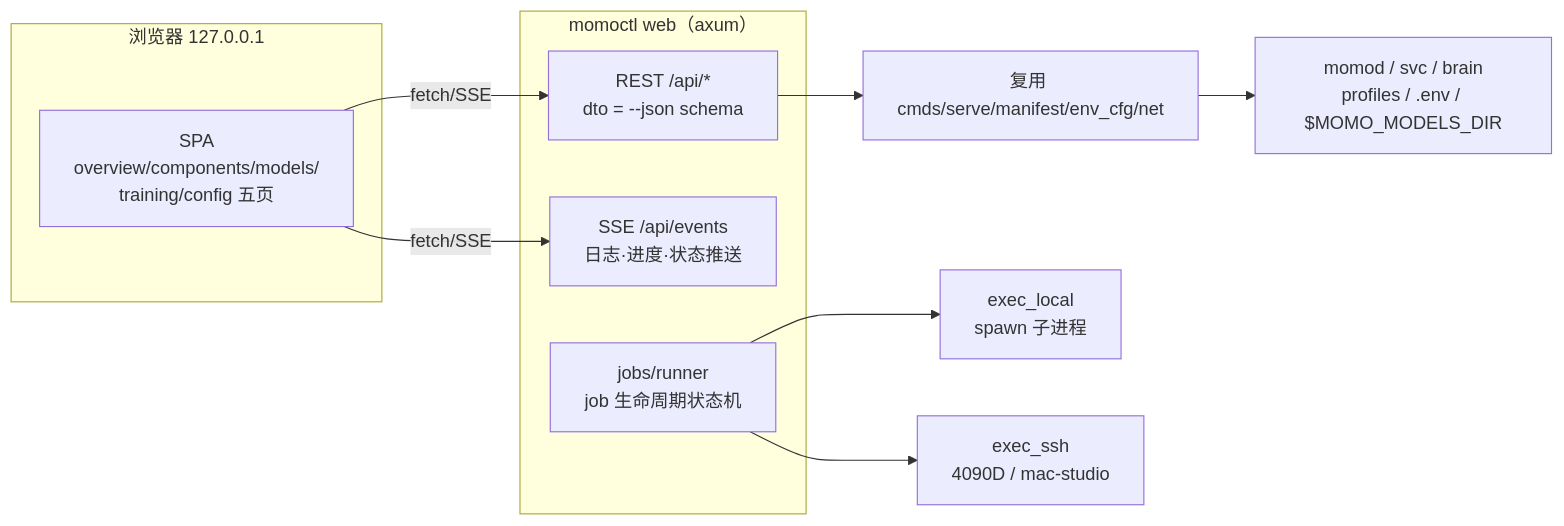
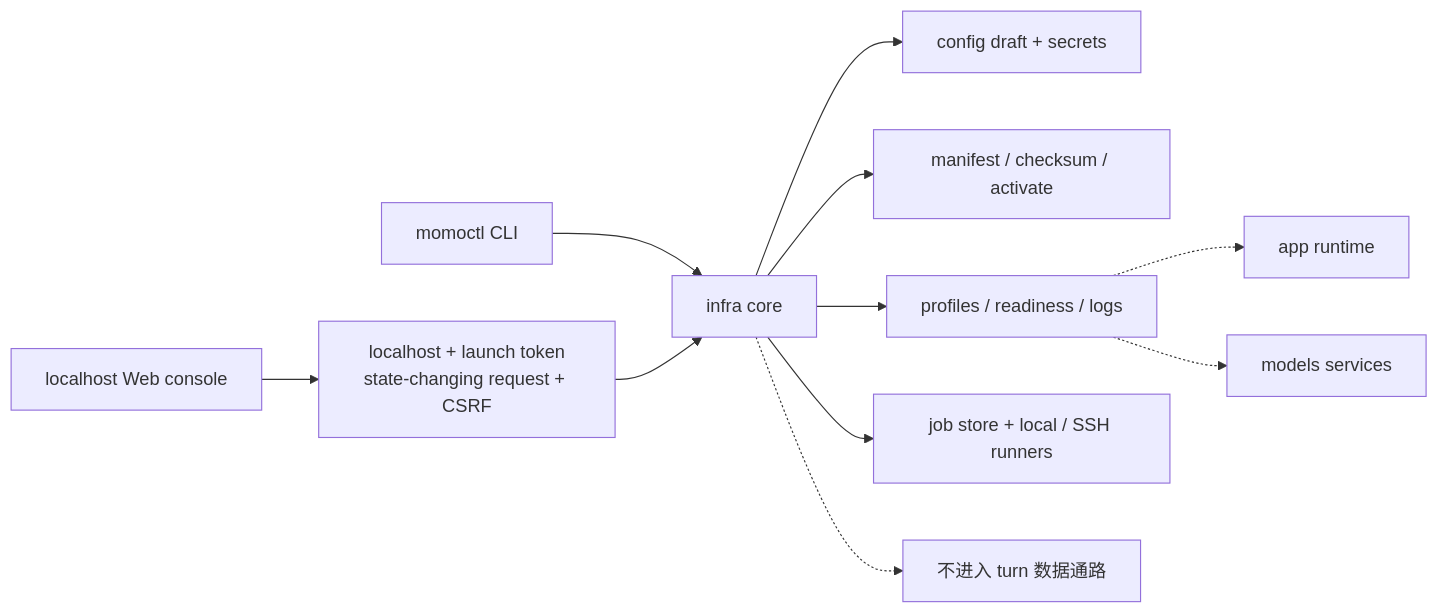
Before and after one commit to Momoyeyu/momo: the first of 3 diagrams in docs/02-repos/momo-infra.md, drawn with Mermaid. The commit also changed other lines of this file and 122 other files, not shown here.

````diff
--- a/docs/02-repos/momo-infra.md
+++ b/docs/02-repos/momo-infra.md
@@ -152,16 +15,12 @@
 ```mermaid
 flowchart LR
-    subgraph BROWSER["浏览器 127.0.0.1"]
-        SPA["SPA<br/>overview/components/models/<br/>training/config 五页"]
-    end
-    subgraph MO["momoctl web（axum）"]
-        API["REST /api/*<br/>dto = --json schema"]
-        SSE["SSE /api/events<br/>日志·进度·状态推送"]
-        JOBS["jobs/runner<br/>job 生命周期状态机"]
-    end
-    SPA -->|fetch/SSE| API & SSE
-    API --> CORE["复用 cmds/serve/manifest/env_cfg/net"]
-    JOBS --> LOCAL["exec_local<br/>spawn 子进程"]
-    JOBS --> SSH["exec_ssh<br/>4090D / mac-studio"]
-    CORE --> SYS["momod / svc / brain<br/>profiles / .env / $MOMO_MODELS_DIR"]
+    CLI["momoctl CLI"] --> CORE["infra core"]
+    WEB["localhost Web console"] --> GUARD["localhost + launch token<br/>state-changing request + CSRF"] --> CORE
+    CORE --> CONFIG["config draft + secrets"]
+    CORE --> MODELS["manifest / checksum / activate"]
+    CORE --> SERVICES["profiles / readiness / logs"]
+    CORE --> JOBS["job store + local / SSH runners"]
+    SERVICES -.-> APP["app runtime"]
+    SERVICES -.-> ADAPTERS["models services"]
+    CORE -.-> NOTE["不进入 turn 数据通路"]
 ```
````
